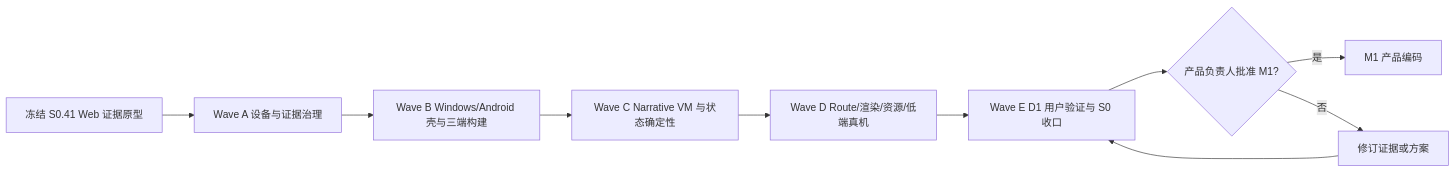
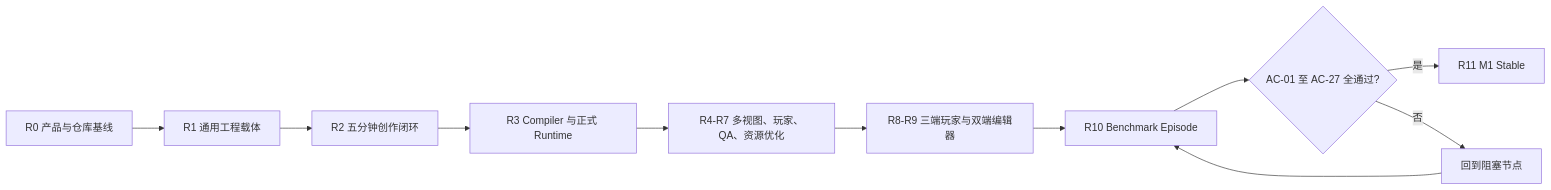
The second of 2 diagrams in docs/08-roadmap.md (Longyuyeee/WorLdGame), drawn with Mermaid before and after one commit. The commit also changed other lines of this file and 7 other files, not shown here.

````diff
--- a/docs/08-roadmap.md
+++ b/docs/08-roadmap.md
@@ -26,12 +26,13 @@
 ```mermaid
 flowchart LR
-    Freeze["冻结 S0.41 Web 证据原型"] --> A["Wave A 设备与证据治理"]
-    A --> B["Wave B Windows/Android 壳与三端构建"]
-    B --> C["Wave C Narrative VM 与状态确定性"]
-    C --> D["Wave D Route/渲染/资源/低端真机"]
-    D --> E["Wave E D1 用户验证与 S0 收口"]
-    E --> Gate{"产品负责人批准 M1?"}
-    Gate -->|是| M1["M1 产品编码"]
-    Gate -->|否| Fix["修订证据或方案"]
-    Fix --> E
+    A["R0 产品与仓库基线"] --> B["R1 通用工程载体"]
+    B --> C["R2 五分钟创作闭环"]
+    C --> D["R3 Compiler 与正式 Runtime"]
+    D --> E["R4-R7 多视图、玩家、QA、资源优化"]
+    E --> F["R8-R9 三端玩家与双端编辑器"]
+    F --> G["R10 Benchmark Episode"]
+    G --> H{"AC-01 至 AC-27 全通过?"}
+    H -->|是| M1["R11 M1 Stable"]
+    H -->|否| Fix["回到阻塞节点"]
+    Fix --> G
 ```
````
